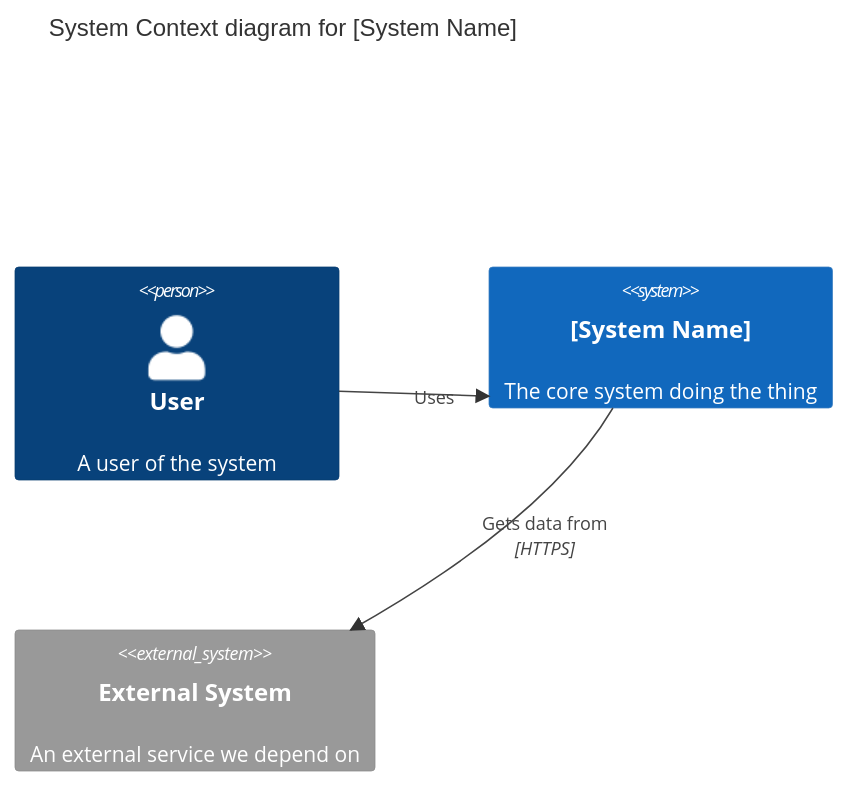
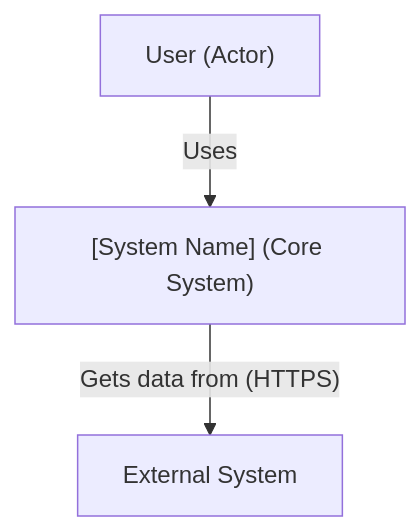
One commit to fmatar/sealit changed the first of 4 diagrams in docs/templates/C4_ARCHITECTURE_TEMPLATE.md. Above: the diagram before and after it, drawn with Mermaid. The commit also changed other lines of this file and 12 other files, not shown here.

````diff
--- a/docs/templates/C4_ARCHITECTURE_TEMPLATE.md
+++ b/docs/templates/C4_ARCHITECTURE_TEMPLATE.md
@@ -8,11 +8,5 @@
 ```mermaid
-C4Context
-    title System Context diagram for [System Name]
-    
-    Person(user, "User", "A user of the system")
-    System(system, "[System Name]", "The core system doing the thing")
-    System_Ext(external, "External System", "An external service we depend on")
-    
-    Rel(user, system, "Uses")
-    Rel(system, external, "Gets data from", "HTTPS")
+flowchart TD
+    user["User (Actor)"] -->|"Uses"| system["[System Name] (Core System)"]
+    system -->|"Gets data from (HTTPS)"| external["External System"]
 ```
````
